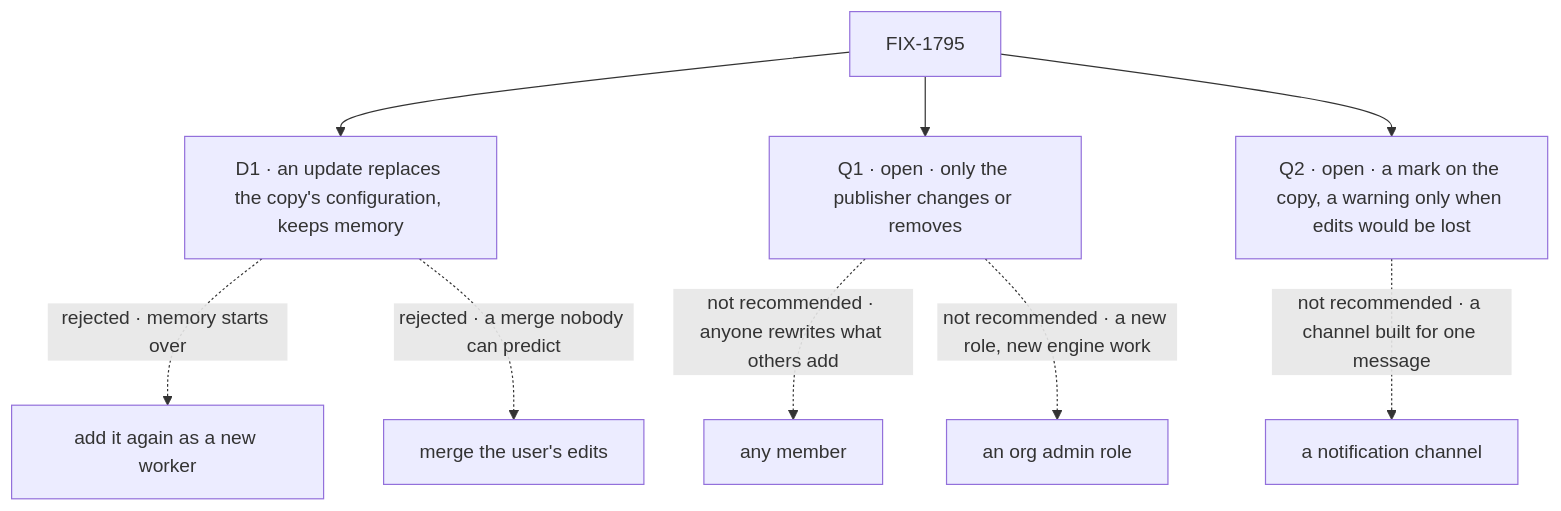
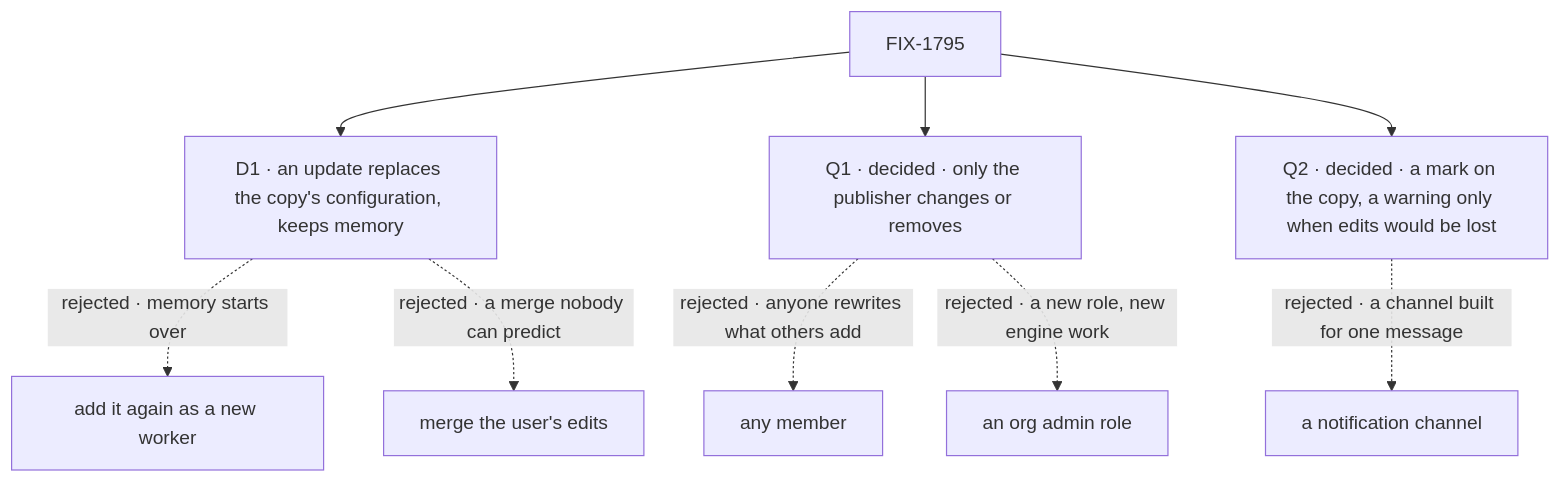
One commit to fixpoint-labs/flow-state-dev changed the diagram in specs/issues/FIX-1795/DECISIONS.md. Above: the diagram before and after it, drawn with Mermaid. The commit also changed other lines of this file and 18 other files, not shown here.

````diff
--- a/specs/issues/FIX-1795/DECISIONS.md
+++ b/specs/issues/FIX-1795/DECISIONS.md
@@ -13,11 +14,11 @@
 ```mermaid
 flowchart TD
   I["FIX-1795"] --> D1["D1 · an update replaces the copy's configuration, keeps memory"]
   D1 -.->|"rejected · memory starts over"| X1["add it again as a new worker"]
   D1 -.->|"rejected · a merge nobody can predict"| X1b["merge the user's edits"]
-  I --> Q1["Q1 · open · only the publisher changes or removes"]
-  Q1 -.->|"not recommended · anyone rewrites what others add"| X2["any member"]
-  Q1 -.->|"not recommended · a new role, new engine work"| X2b["an org admin role"]
-  I --> Q2["Q2 · open · a mark on the copy, a warning only when edits would be lost"]
-  Q2 -.->|"not recommended · a channel built for one message"| X3["a notification channel"]
+  I --> Q1["Q1 · decided · only the publisher changes or removes"]
+  Q1 -.->|"rejected · anyone rewrites what others add"| X2["any member"]
+  Q1 -.->|"rejected · a new role, new engine work"| X2b["an org admin role"]
+  I --> Q2["Q2 · decided · a mark on the copy, a warning only when edits would be lost"]
+  Q2 -.->|"rejected · a channel built for one message"| X3["a notification channel"]
 ```
````
